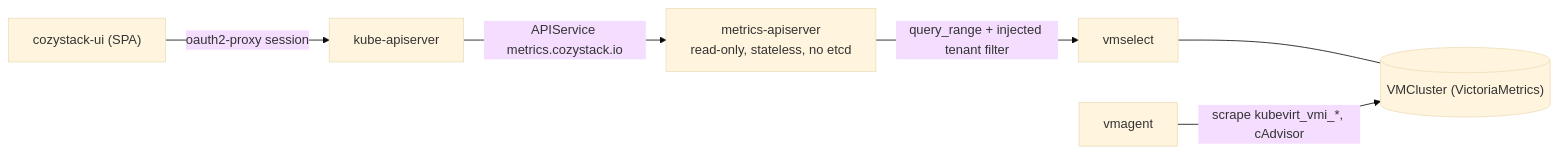
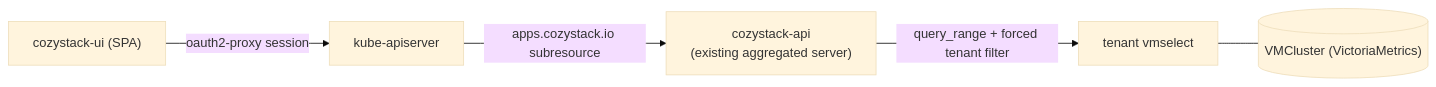
The first of 2 diagrams in design-proposals/tenant-resource-metrics-api/README.md (cozystack/community), drawn with Mermaid (base theme) before and after one commit. The commit also changed other lines of this file, not shown here.

First line of the commit message:
docs(tenant-resource-metrics-api): rework as an application metrics subresource

````diff
--- a/design-proposals/tenant-resource-metrics-api/README.md
+++ b/design-proposals/tenant-resource-metrics-api/README.md
@@ -75,8 +76,7 @@
 ```mermaid
 flowchart LR
   UI["cozystack-ui (SPA)"] -->|"oauth2-proxy session"| KAS["kube-apiserver"]
-  KAS -->|"APIService metrics.cozystack.io"| MA["metrics-apiserver<br/>read-only, stateless, no etcd"]
-  MA -->|"query_range + injected tenant filter"| VS["vmselect"]
+  KAS -->|"apps.cozystack.io subresource"| CA["cozystack-api<br/>(existing aggregated server)"]
+  CA -->|"query_range + forced tenant filter"| VS["tenant vmselect"]
   VS --- VMC[("VMCluster (VictoriaMetrics)")]
-  VMA["vmagent"] -->|"scrape kubevirt_vmi_*, cAdvisor"| VMC
 ```
````
